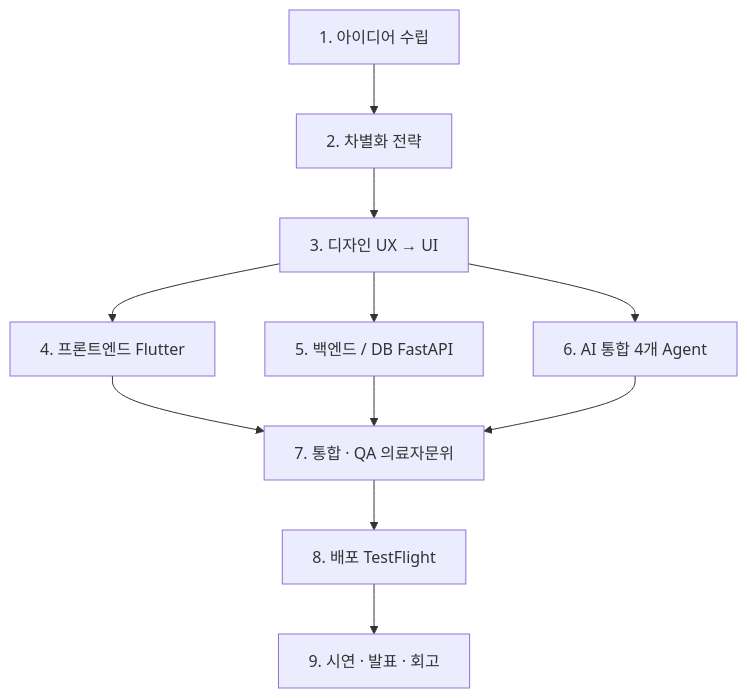
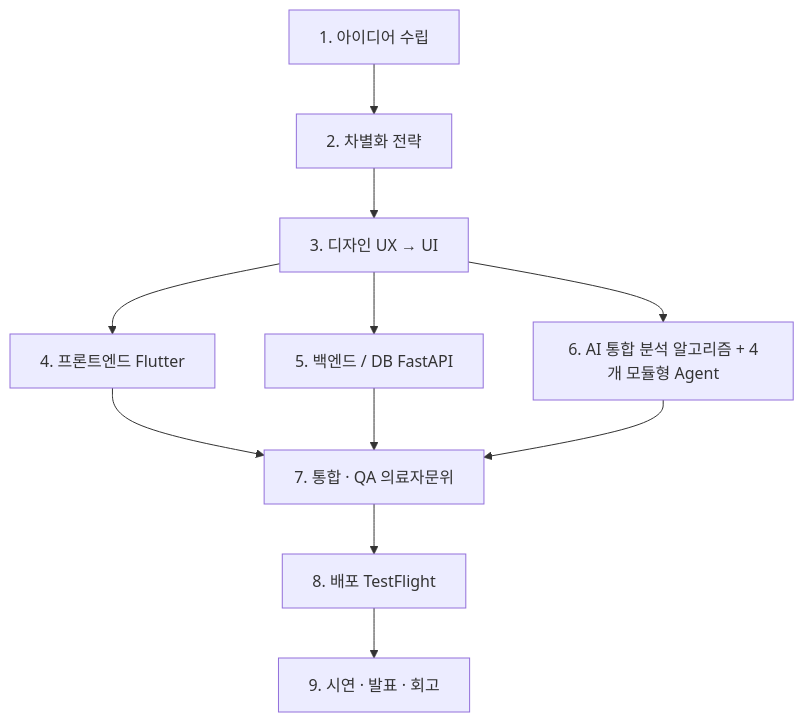
One commit to Lemon-Aid-KDT/Lemon-sin changed the eighth of 12 diagrams in 03_lemon_healthcare/PROJECT_GUIDE.md. Above: the diagram before and after it, drawn with Mermaid. The commit also changed other lines of this file and 161 other files, not shown here.

````diff
--- a/03_lemon_healthcare/PROJECT_GUIDE.md
+++ b/03_lemon_healthcare/PROJECT_GUIDE.md
@@ -949,13 +1351,13 @@
 ```mermaid
 flowchart TB
     S1[1. 아이디어 수립] --> S2[2. 차별화 전략]
     S2 --> S3[3. 디자인 UX → UI]
     S3 --> S4[4. 프론트엔드 Flutter]
     S3 --> S5[5. 백엔드 / DB FastAPI]
-    S3 --> S6[6. AI 통합 4개 Agent]
+    S3 --> S6[6. AI 통합 분석 알고리즘 + 4개 모듈형 Agent]
     S4 --> S7[7. 통합 · QA 의료자문위]
     S5 --> S7
     S6 --> S7
     S7 --> S8[8. 배포 TestFlight]
     S8 --> S9[9. 시연 · 발표 · 회고]
 ```
````
